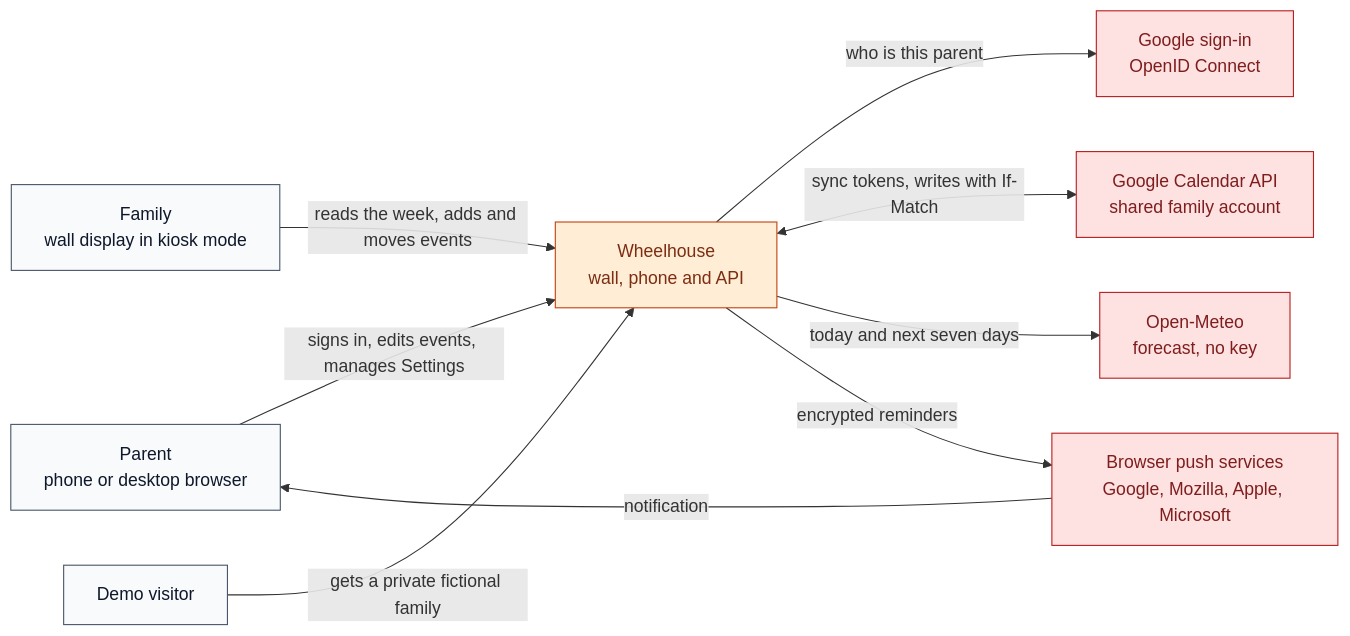
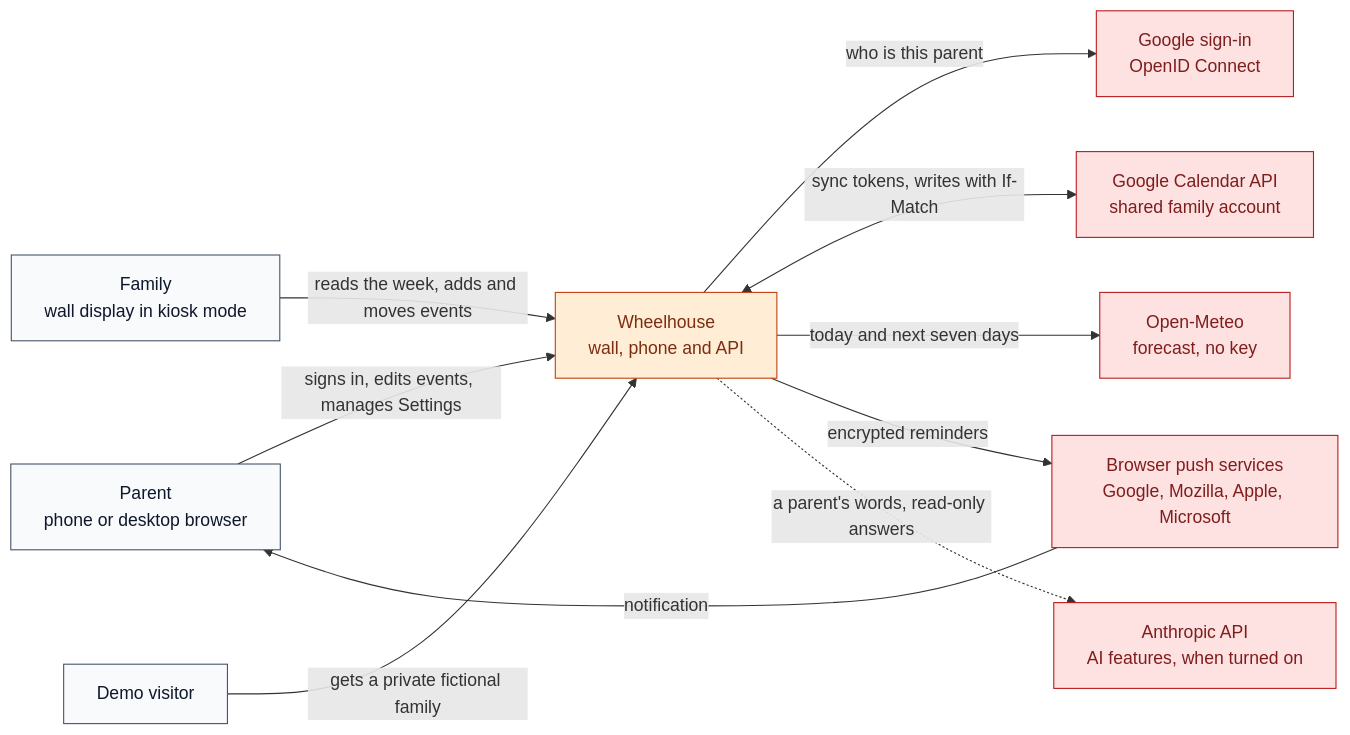
The first of 4 diagrams in docs/architecture.md (natezimm/wheelhouse), drawn with Mermaid before and after one commit. The commit also changed other lines of this file and 26 other files, not shown here.

````diff
--- a/docs/architecture.md
+++ b/docs/architecture.md
@@ -11,27 +11,29 @@
 ```mermaid
 flowchart LR
   Parent["Parent<br/>phone or desktop browser"]
   Family["Family<br/>wall display in kiosk mode"]
   Visitor["Demo visitor"]
   Wheelhouse["Wheelhouse<br/>wall, phone and API"]
   GoogleId["Google sign-in<br/>OpenID Connect"]
   GoogleCal["Google Calendar API<br/>shared family account"]
   Meteo["Open-Meteo<br/>forecast, no key"]
   PushSvc["Browser push services<br/>Google, Mozilla, Apple, Microsoft"]
+  Anthropic["Anthropic API<br/>AI features, when turned on"]
 
   Parent -->|"signs in, edits events, manages Settings"| Wheelhouse
   Family -->|"reads the week, adds and moves events"| Wheelhouse
   Visitor -->|"gets a private fictional family"| Wheelhouse
   Wheelhouse -->|"who is this parent"| GoogleId
   Wheelhouse <-->|"sync tokens, writes with If-Match"| GoogleCal
   Wheelhouse -->|"today and next seven days"| Meteo
   Wheelhouse -->|"encrypted reminders"| PushSvc
   PushSvc -->|"notification"| Parent
+  Wheelhouse -.->|"a parent's words, read-only answers"| Anthropic
 
   classDef user fill:#f8fafc,stroke:#475569,color:#0f172a
   classDef server fill:#ffedd5,stroke:#c2410c,color:#7c2d12
   classDef external fill:#fee2e2,stroke:#b91c1c,color:#7f1d1d
   class Parent,Family,Visitor user
   class Wheelhouse server
-  class GoogleId,GoogleCal,Meteo,PushSvc external
+  class GoogleId,GoogleCal,Meteo,PushSvc,Anthropic external
 ```
````
